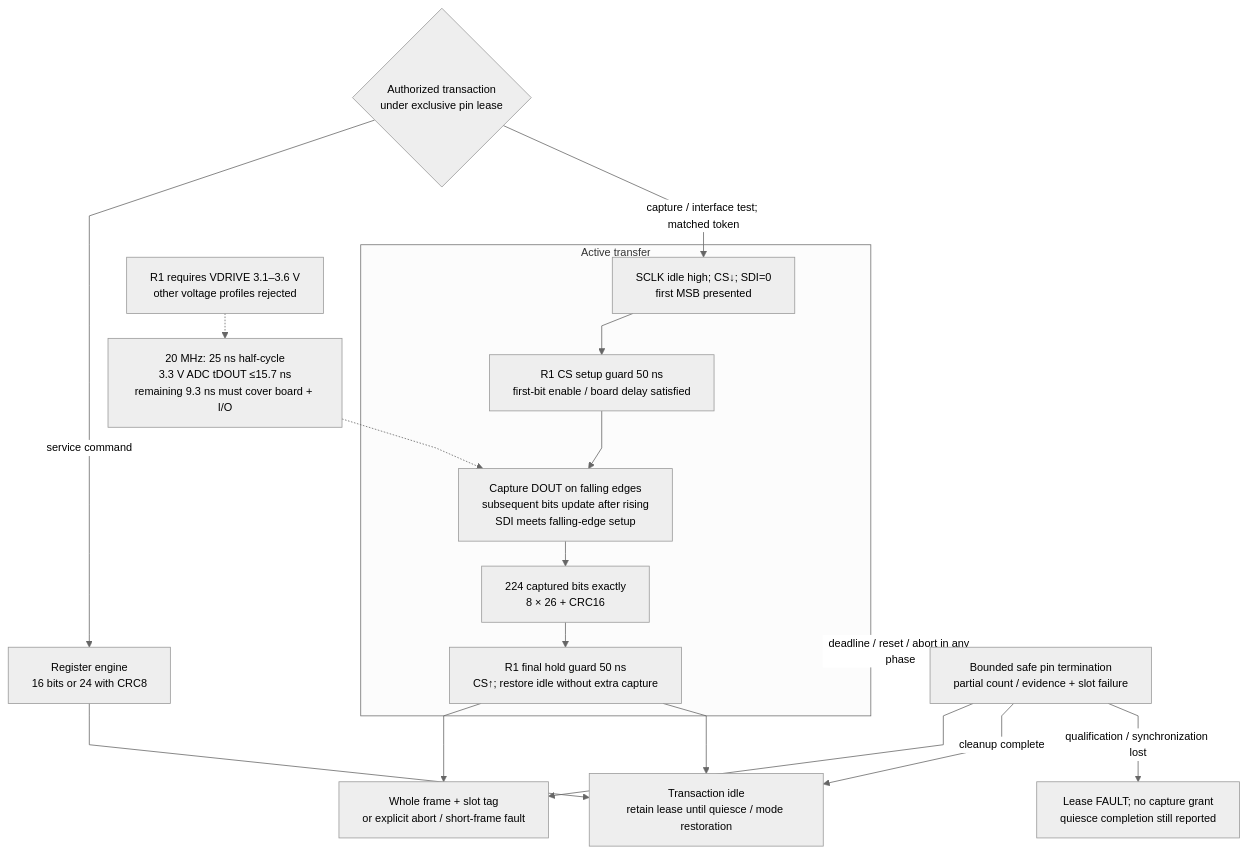
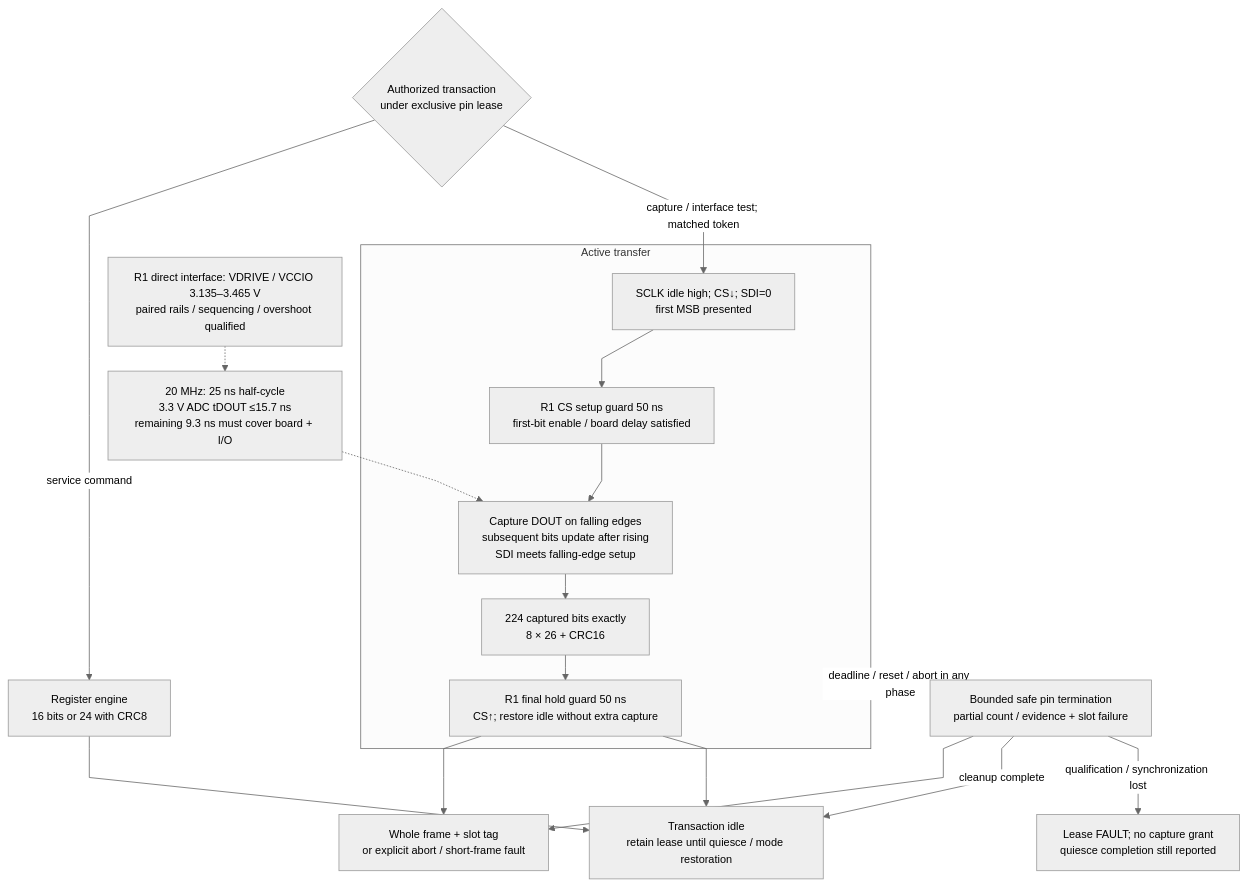
One commit to baolgn/DRG-pain-project changed diagram 11 of 27 in microcontroller/acquisition/README.md. Above: the diagram before and after it, drawn with Mermaid. The commit also changed other lines of this file and 361 other files, not shown here.

````diff
--- a/microcontroller/acquisition/README.md
+++ b/microcontroller/acquisition/README.md
@@ -255,21 +259,21 @@
 ```mermaid
 %%{init: {"theme":"neutral","themeVariables":{"fontFamily":"Arial,sans-serif","fontSize":"14px"},"flowchart":{"htmlLabels":true,"minNodeWidth":0,"wrappingWidth":240,"nodeSpacing":28,"rankSpacing":32,"curve":"linear"}}}%%
 flowchart TB
     OWN{"Authorized transaction<br/>under exclusive pin lease"} -->|"service command"| REG["Register engine<br/>16 bits or 24 with CRC8"]
     OWN -->|"capture / interface test; matched token"| CS
     subgraph ACTIVE["Active transfer"]
         CS["SCLK idle high; CS↓; SDI=0<br/>first MSB presented"] --> PRE["R1 CS setup guard 50 ns<br/>first-bit enable / board delay satisfied"]
         PRE --> SHIFT["Capture DOUT on falling edges<br/>subsequent bits update after rising<br/>SDI meets falling-edge setup"]
         SHIFT --> COUNT["224 captured bits exactly<br/>8 × 26 + CRC16"]
         COUNT --> POST["R1 final hold guard 50 ns<br/>CS↑; restore idle without extra capture"]
     end
     ACTIVE -->|"deadline / reset / abort in any phase"| ABORT["Bounded safe pin termination<br/>partial count / evidence + slot failure"]
     POST --> OUT["Whole frame + slot tag<br/>or explicit abort / short-frame fault"]
     ABORT --> OUT
     ABORT -->|"cleanup complete"| IDLE
     ABORT -->|"qualification / synchronization lost"| FAULT["Lease FAULT; no capture grant<br/>quiesce completion still reported"]
     REG --> IDLE["Transaction idle<br/>retain lease until quiesce / mode restoration"]
     POST --> IDLE
     TIMING["20 MHz: 25 ns half-cycle<br/>3.3 V ADC tDOUT ≤15.7 ns<br/>remaining 9.3 ns must cover board + I/O"] -.-> SHIFT
-    VOLT["R1 requires VDRIVE 3.1–3.6 V<br/>other voltage profiles rejected"] -.-> TIMING
+    VOLT["R1 direct interface: VDRIVE / VCCIO 3.135–3.465 V<br/>paired rails / sequencing / overshoot qualified"] -.-> TIMING
 ```
````
